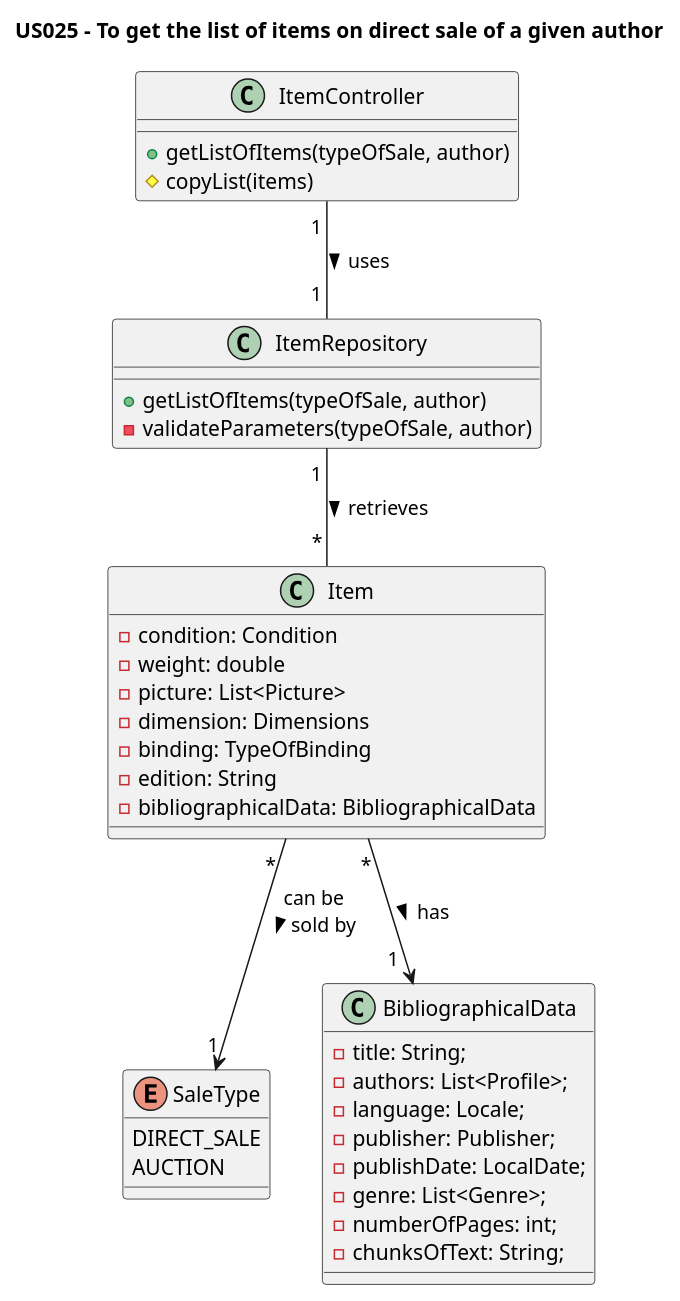
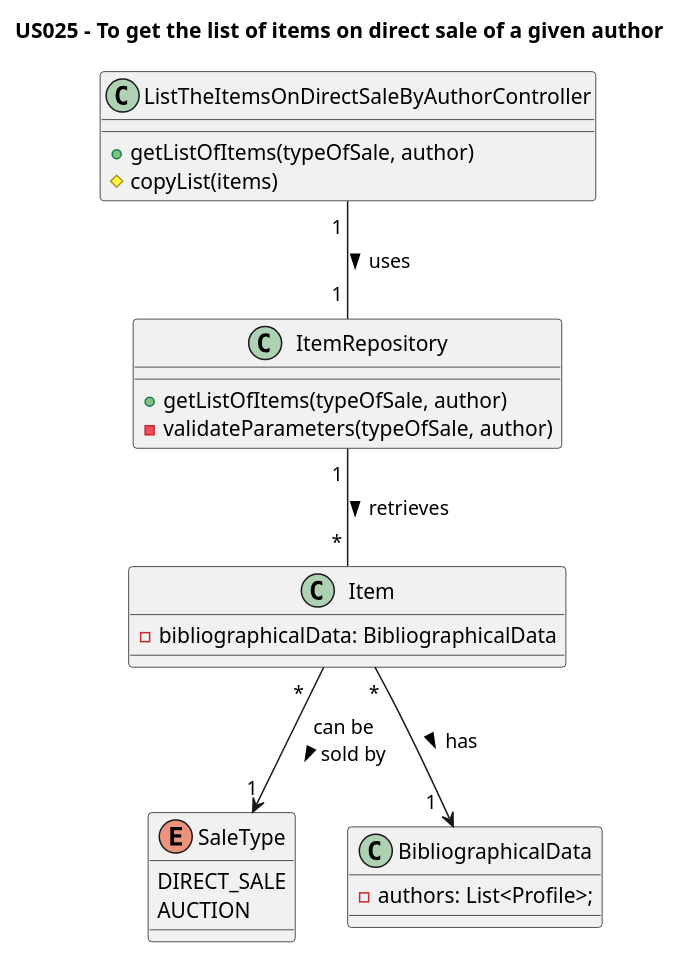
One commit to AndrePereiraGitH/SWitCH-Project-Team_A changed the diagram in Diagrams/ClassDiagrams/US025-to-get-the-list-of-items-on-direct-sale-of-a-given-author.puml. Above: the diagram before and after it, drawn with PlantUML. The commit also changed 3 other files, not shown here.

```diff
--- a/Diagrams/ClassDiagrams/US025-to-get-the-list-of-items-on-direct-sale-of-a-given-author.puml
+++ b/Diagrams/ClassDiagrams/US025-to-get-the-list-of-items-on-direct-sale-of-a-given-author.puml
@@ -1,48 +1,35 @@
 @startuml
 title US025 - To get the list of items on direct sale of a given author
 
-class ItemController {
+class ListTheItemsOnDirectSaleByAuthorController {
   +getListOfItems(typeOfSale, author)
   #copyList(items)
 }
 
 class ItemRepository {
   +getListOfItems(typeOfSale, author)
   ' -convertStringToEnum(typeOfSale, author)
   -validateParameters(typeOfSale, author)
 }
 
 class Item {
-  - condition: Condition
-  - weight: double
-  - picture: List<Picture>
-  - dimension: Dimensions
-  - binding: TypeOfBinding
-  - edition: String
   - bibliographicalData: BibliographicalData
 }
 
 enum SaleType {
     DIRECT_SALE
     AUCTION
 }
 
 class BibliographicalData {
-    - title: String;
     - authors: List<Profile>;
-    - language: Locale;
-    - publisher: Publisher;
-    - publishDate: LocalDate;
-    - genre: List<Genre>;
-    - numberOfPages: int;
-    - chunksOfText: String;
 }
 
 ' Interactions
 
-ItemController  "1 " -- "1 " ItemRepository : uses >
+ListTheItemsOnDirectSaleByAuthorController  "1 " -- "1 " ItemRepository : uses >
 ItemRepository "1 " -- " * " Item : retrieves >
 Item "                                *" --> "1" SaleType : can be\nsold by >
 Item "*"--> "1  " BibliographicalData : has >
 
 @enduml
```
